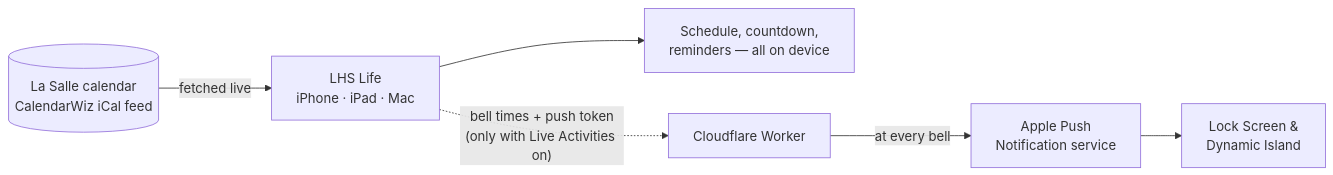
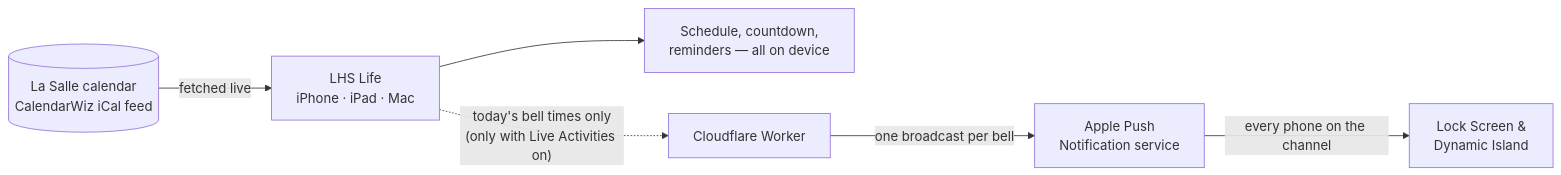
The diagram in README.md (Wyld-1/LHS-Life), drawn with Mermaid before and after one commit. The commit also changed other lines of this file and 3 other files, not shown here.

Commit message:
Docs: describe the broadcast architecture

````diff
--- a/README.md
+++ b/README.md
@@ -56,8 +56,8 @@
 ```mermaid
 flowchart LR
     CAL[("La Salle calendar<br/>CalendarWiz iCal feed")] -->|"fetched live"| APP["LHS Life<br/>iPhone · iPad · Mac"]
     APP --> ON["Schedule, countdown,<br/>reminders — all on device"]
-    APP -.->|"bell times + push token<br/>(only with Live Activities on)"| W["Cloudflare Worker"]
-    W -->|"at every bell"| APNS["Apple Push<br/>Notification service"]
-    APNS --> LA["Lock Screen &<br/>Dynamic Island"]
+    APP -.->|"today's bell times only<br/>(only with Live Activities on)"| W["Cloudflare Worker"]
+    W -->|"one broadcast per bell"| APNS["Apple Push<br/>Notification service"]
+    APNS -->|"every phone on the channel"| LA["Lock Screen &<br/>Dynamic Island"]
 ```
````
